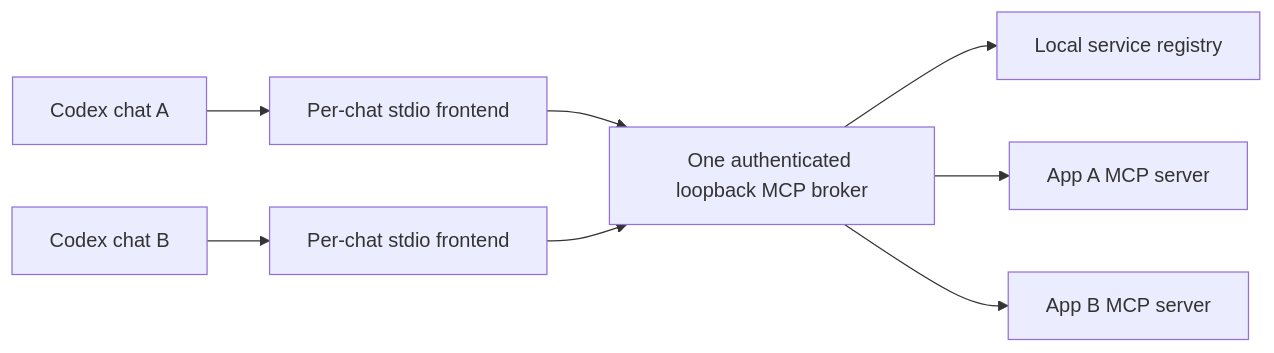
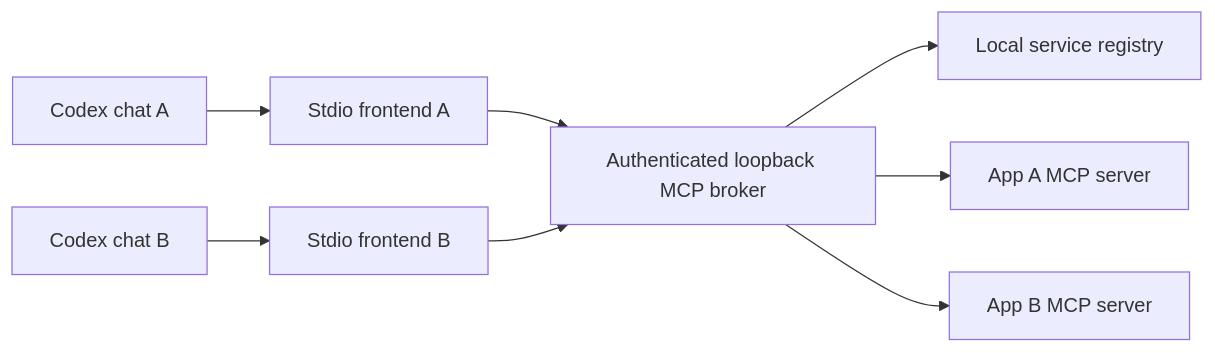
The diagram in README.md (votecoffee/CodexMCPBroker), drawn with Mermaid before and after one commit. The commit also changed other lines of this file and 4 other files, not shown here.

````diff
--- a/README.md
+++ b/README.md
@@ -7,10 +102,10 @@
 ```mermaid
 flowchart LR
-    A[Codex chat A] --> P[Per-chat stdio frontend]
-    B[Codex chat B] --> Q[Per-chat stdio frontend]
-    P --> G[One authenticated loopback MCP broker]
+    A[Codex chat A] --> P[Stdio frontend A]
+    B[Codex chat B] --> Q[Stdio frontend B]
+    P --> G[Authenticated loopback MCP broker]
     Q --> G
     G --> R[Local service registry]
     G --> X[App A MCP server]
     G --> Y[App B MCP server]
 ```
````
